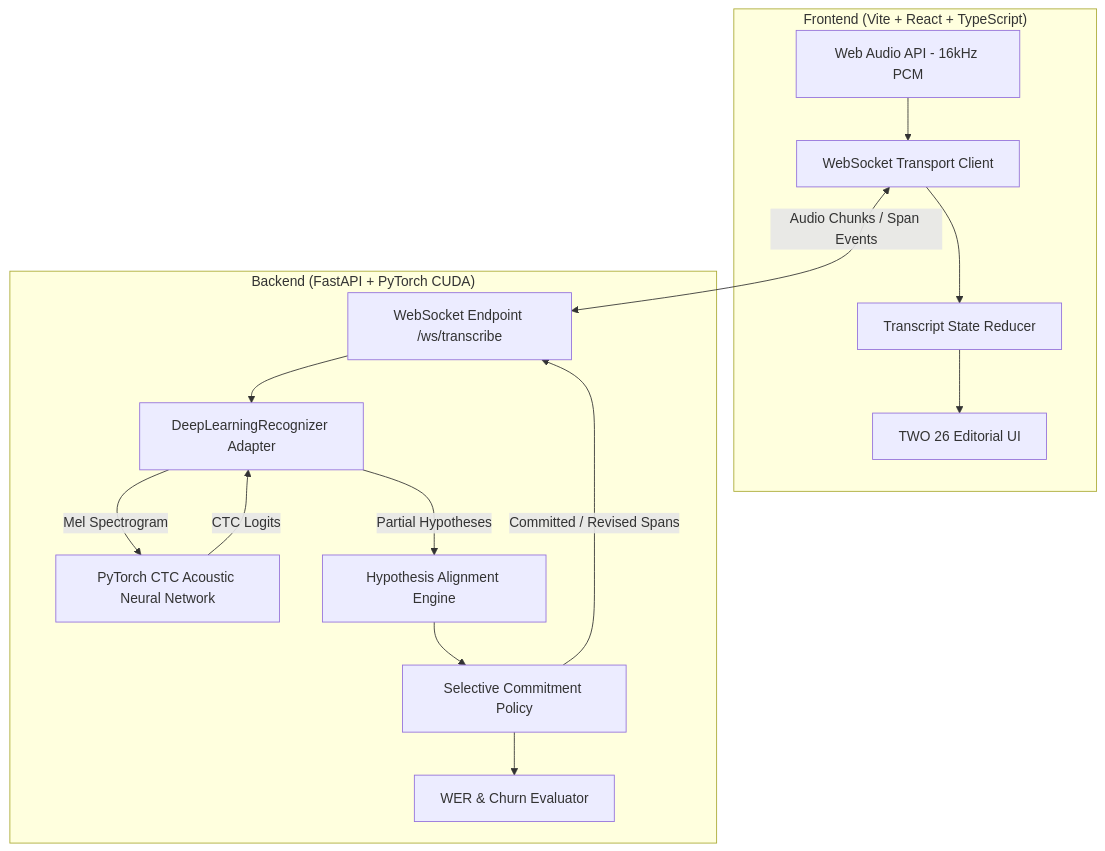
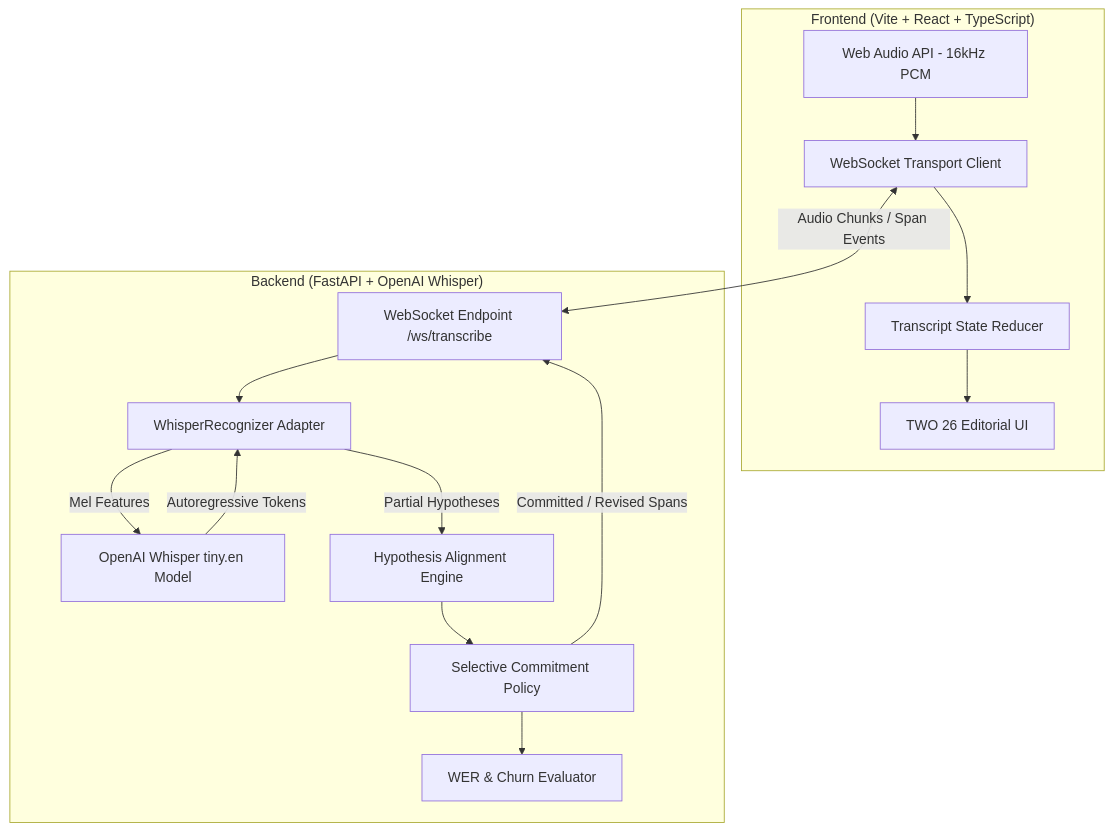
Before and after one commit to YeswanthRam28/Selective_Commitment_Streaming_Speech_to_Text: the diagram in README.md, drawn with Mermaid. The commit also changed other lines of this file and 30 other files, not shown here.

Commit message:
feat: streamline architecture to pure Whisper streaming, remove heavy models/dependencies, and add systemd service configs

````diff
--- a/README.md
+++ b/README.md
@@ -24,26 +24,26 @@
 ```mermaid
 graph TD
     subgraph Client ["Frontend (Vite + React + TypeScript)"]
         Mic[Web Audio API - 16kHz PCM] --> WSClient[WebSocket Transport Client]
         WSClient --> StateStore[Transcript State Reducer]
         StateStore --> UI[TWO 26 Editorial UI]
     end
 
-    subgraph Backend ["Backend (FastAPI + PyTorch CUDA)"]
+    subgraph Backend ["Backend (FastAPI + OpenAI Whisper)"]
         WSServer[WebSocket Endpoint /ws/transcribe]
-        Adapter[DeepLearningRecognizer Adapter]
-        Model[PyTorch CTC Acoustic Neural Network]
+        Adapter[WhisperRecognizer Adapter]
+        Model[OpenAI Whisper tiny.en Model]
         Aligner[Hypothesis Alignment Engine]
         Policy[Selective Commitment Policy]
         Metrics[WER & Churn Evaluator]
 
         WSClient <-->|Audio Chunks / Span Events| WSServer
         WSServer --> Adapter
-        Adapter -->|Mel Spectrogram| Model
-        Model -->|CTC Logits| Adapter
+        Adapter -->|Mel Features| Model
+        Model -->|Autoregressive Tokens| Adapter
         Adapter -->|Partial Hypotheses| Aligner
         Aligner --> Policy
         Policy -->|Committed / Revised Spans| WSServer
         Policy --> Metrics
     end
 ```
````
